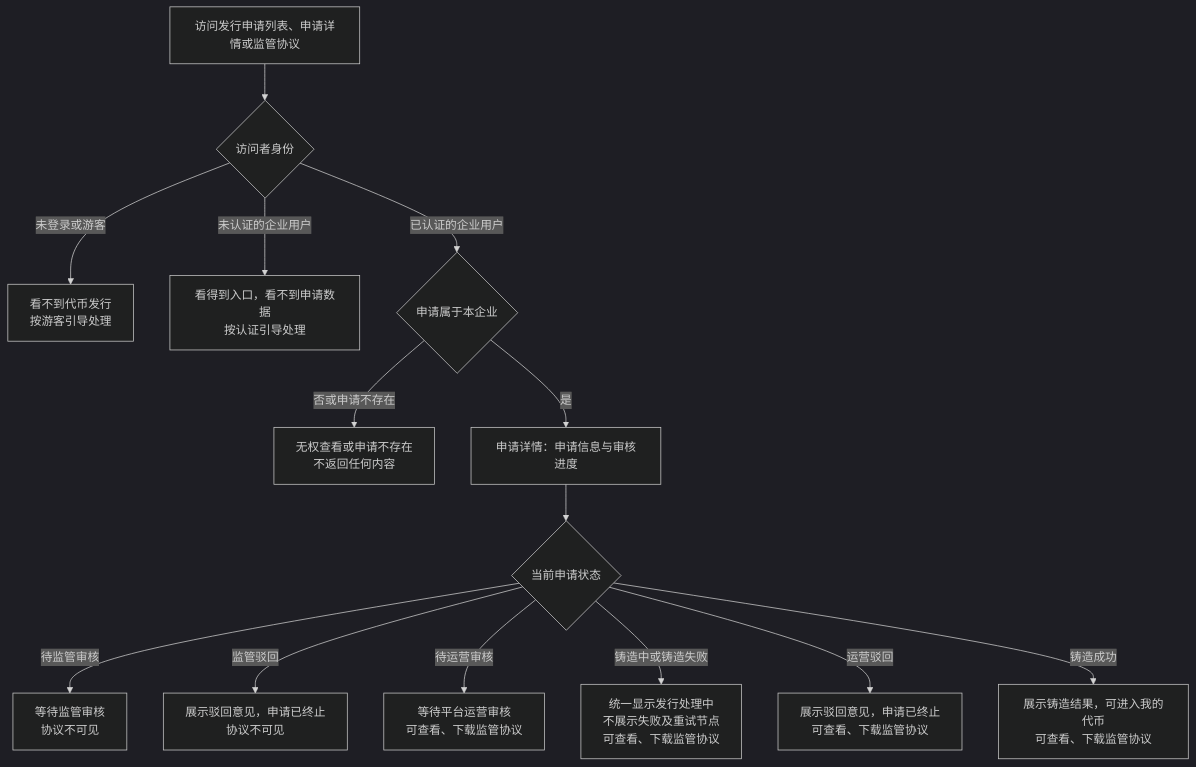
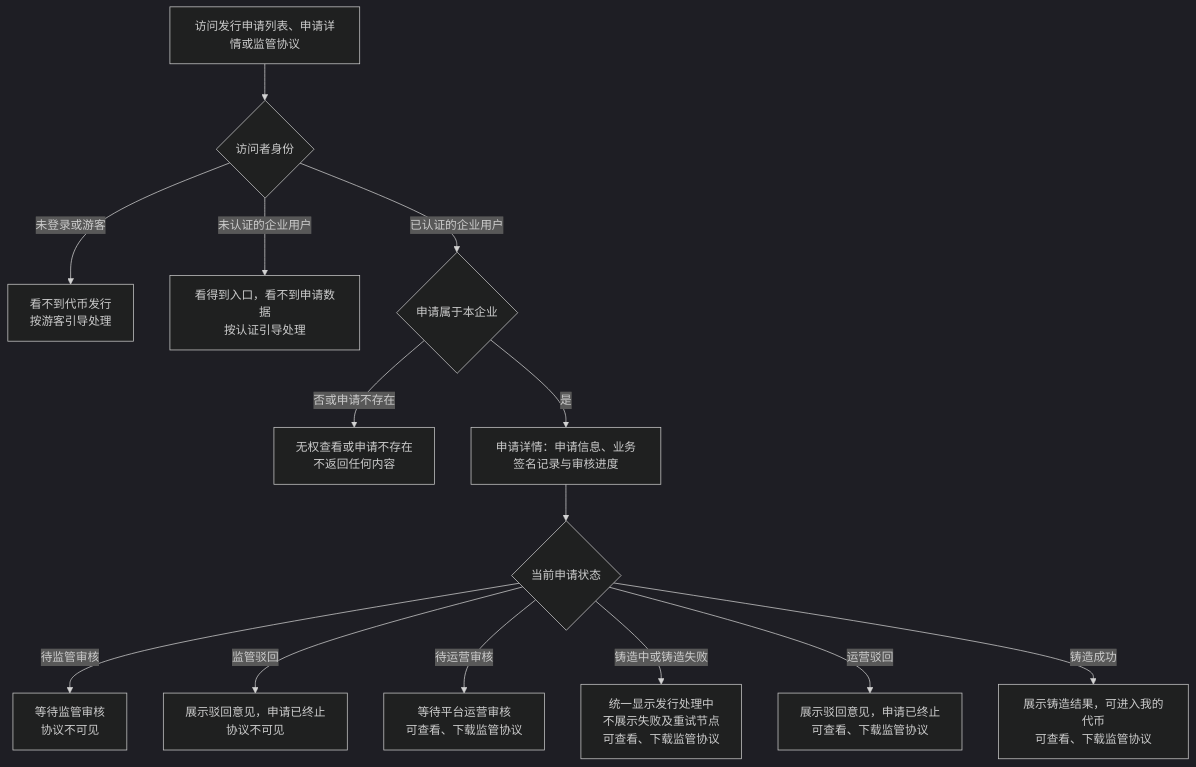
The third of 3 diagrams in token-issuance-platform/PRD/面客端/M3a-代币发行-企业申请/02-代币发行-企业申请-流程图与状态机.md (wxblockchain/Chain-Financing), drawn with Mermaid (dark theme) before and after one commit. The commit also changed 2 other files, not shown here.

Commit message:
prd(WS-509): show business signature record in application detail
- Enterprise application detail shows signing address, signing time,
  signed-content hash and signature value for every status; no on-chain
  transaction hash in this phase.
- Add AC-M3A-40 (36 acceptance criteria); diagram 3 updated.
- Q-M3A-10 records whether the admin side should show the signature.
- Drop cross-module sync rows already resolved by M3b and M4a.

````diff
--- a/token-issuance-platform/PRD/面客端/M3a-代币发行-企业申请/02-代币发行-企业申请-流程图与状态机.md
+++ b/token-issuance-platform/PRD/面客端/M3a-代币发行-企业申请/02-代币发行-企业申请-流程图与状态机.md
@@ -76,16 +76,16 @@
 ```mermaid
 flowchart TD
     A[访问发行申请列表、申请详情或监管协议] --> B{访问者身份}
     B -->|未登录或游客| B1[看不到代币发行<br/>按游客引导处理]
     B -->|未认证的企业用户| B2[看得到入口，看不到申请数据<br/>按认证引导处理]
     B -->|已认证的企业用户| C{申请属于本企业}
     C -->|否或申请不存在| N[无权查看或申请不存在<br/>不返回任何内容]
-    C -->|是| D[申请详情：申请信息与审核进度]
+    C -->|是| D[申请详情：申请信息、业务签名记录与审核进度]
     D --> E{当前申请状态}
     E -->|待监管审核| E1[等待监管审核<br/>协议不可见]
     E -->|监管驳回| E2[展示驳回意见，申请已终止<br/>协议不可见]
     E -->|待运营审核| E3[等待平台运营审核<br/>可查看、下载监管协议]
     E -->|铸造中或铸造失败| E6[统一显示发行处理中<br/>不展示失败及重试节点<br/>可查看、下载监管协议]
     E -->|运营驳回| E4[展示驳回意见，申请已终止<br/>可查看、下载监管协议]
     E -->|铸造成功| E5[展示铸造结果，可进入我的代币<br/>可查看、下载监管协议]
 ```
````
